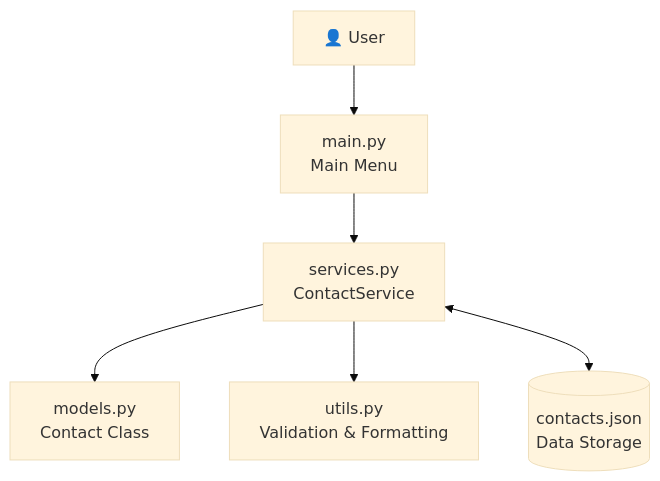
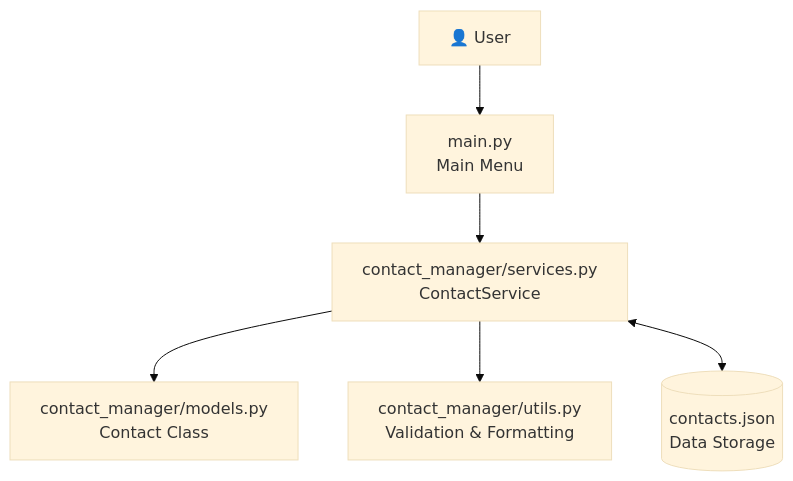
One commit to 85kartik/Contact-Management-System changed the diagram in README.md. Above: the diagram before and after it, drawn with Mermaid (base theme). The commit also changed other lines of this file and 10 other files, not shown here.

````diff
--- a/README.md
+++ b/README.md
@@ -46,8 +46,8 @@
 ```mermaid
 flowchart TD
     A["👤 User"] --> B["main.py<br/>Main Menu"]
-    B --> C["services.py<br/>ContactService"]
-    C --> D["models.py<br/>Contact Class"]
-    C --> E["utils.py<br/>Validation & Formatting"]
+    B --> C["contact_manager/services.py<br/>ContactService"]
+    C --> D["contact_manager/models.py<br/>Contact Class"]
+    C --> E["contact_manager/utils.py<br/>Validation & Formatting"]
     C <--> F[("contacts.json<br/>Data Storage")]
 ```
````
